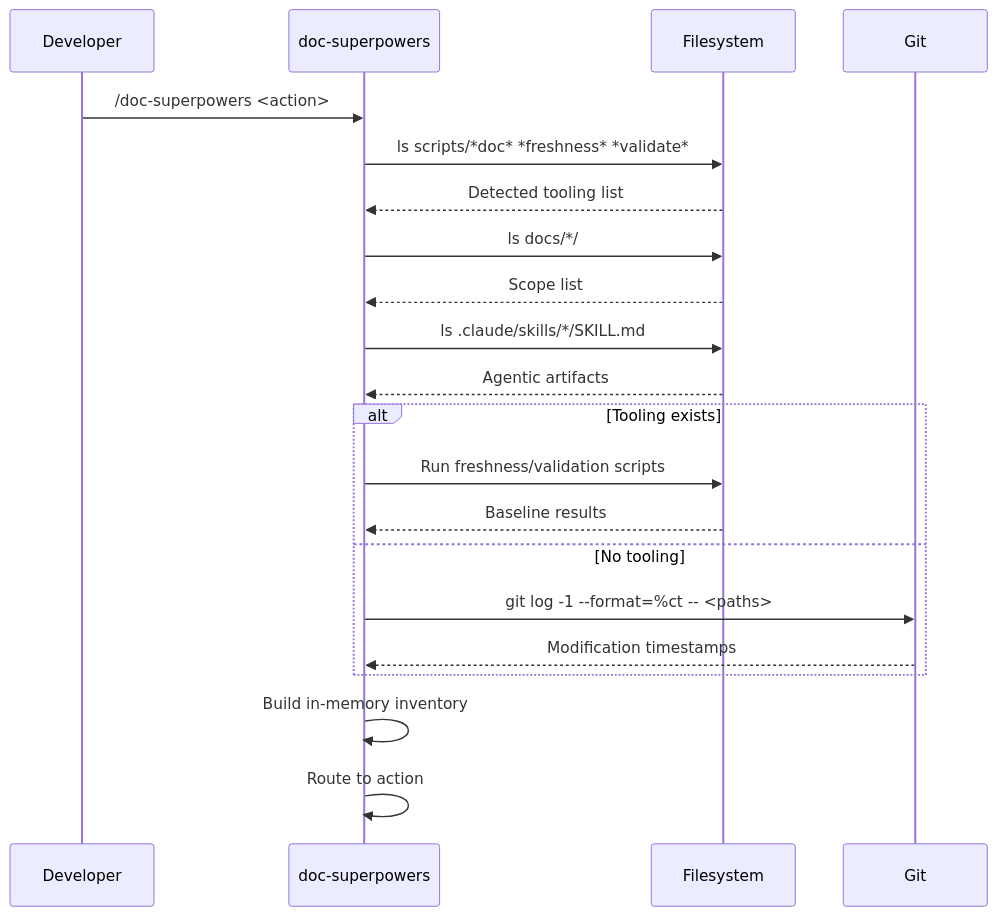
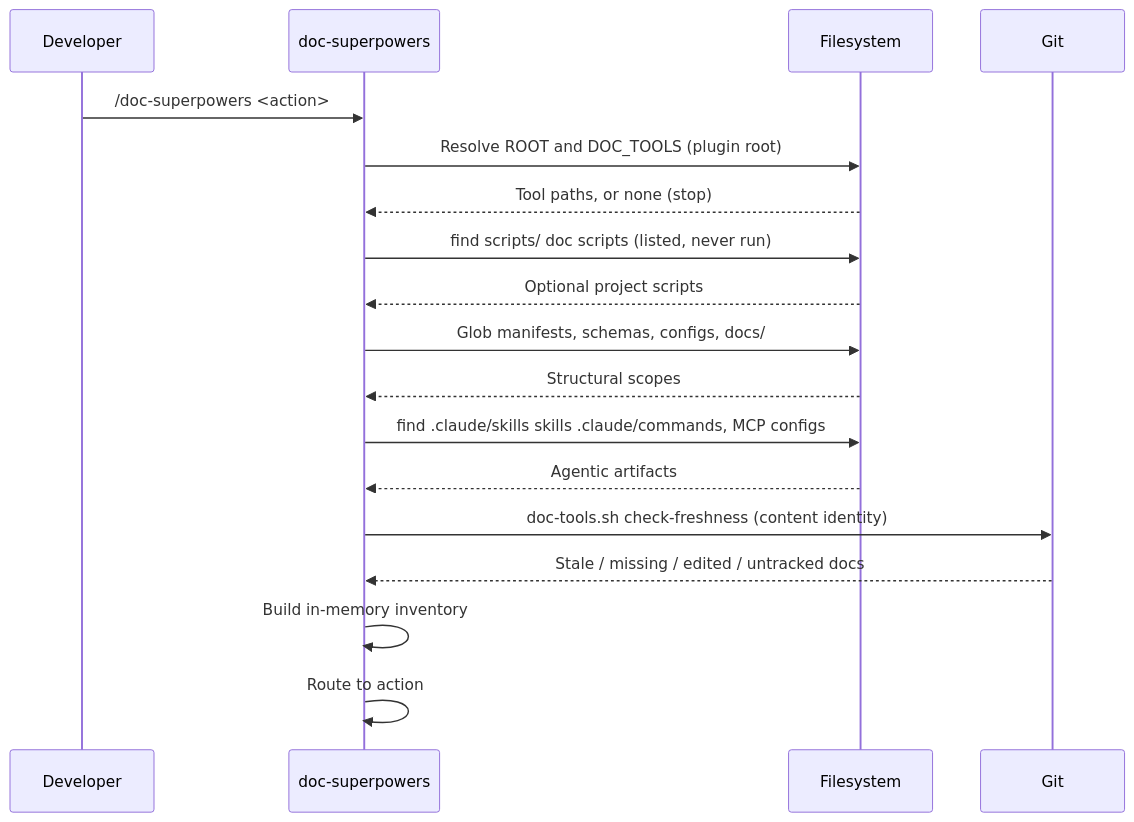
One commit to woodrowpearson/doc-superpowers changed the second of 10 diagrams in docs/workflows/doc-superpowers.md. Above: the diagram before and after it, drawn with Mermaid. The commit also changed other lines of this file and 22 other files, not shown here.

````diff
--- a/docs/workflows/doc-superpowers.md
+++ b/docs/workflows/doc-superpowers.md
@@ -68,24 +69,21 @@
 ```mermaid
 sequenceDiagram
   participant U as Developer
   participant SK as doc-superpowers
   participant FS as Filesystem
   participant GIT as Git
 
   U->>SK: /doc-superpowers <action>
-  SK->>FS: ls scripts/*doc* *freshness* *validate*
-  FS-->>SK: Detected tooling list
-  SK->>FS: ls docs/*/
-  FS-->>SK: Scope list
-  SK->>FS: ls .claude/skills/*/SKILL.md
+  SK->>FS: Resolve ROOT and DOC_TOOLS (plugin root)
+  FS-->>SK: Tool paths, or none (stop)
+  SK->>FS: find scripts/ doc scripts (listed, never run)
+  FS-->>SK: Optional project scripts
+  SK->>FS: Glob manifests, schemas, configs, docs/
+  FS-->>SK: Structural scopes
+  SK->>FS: find .claude/skills skills .claude/commands, MCP configs
   FS-->>SK: Agentic artifacts
-  alt Tooling exists
-    SK->>FS: Run freshness/validation scripts
-    FS-->>SK: Baseline results
-  else No tooling
-    SK->>GIT: git log -1 --format=%ct -- <paths>
-    GIT-->>SK: Modification timestamps
-  end
+  SK->>GIT: doc-tools.sh check-freshness (content identity)
+  GIT-->>SK: Stale / missing / edited / untracked docs
   SK->>SK: Build in-memory inventory
   SK->>SK: Route to action
 ```
````
